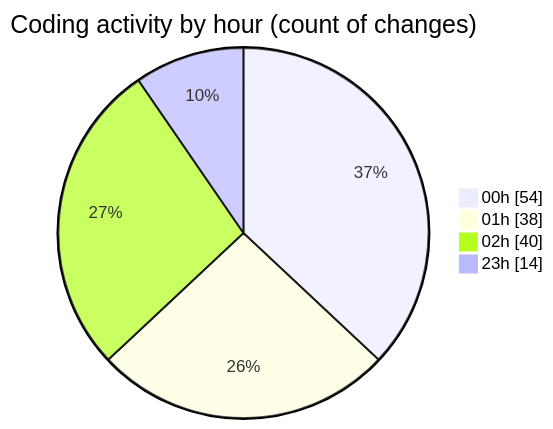
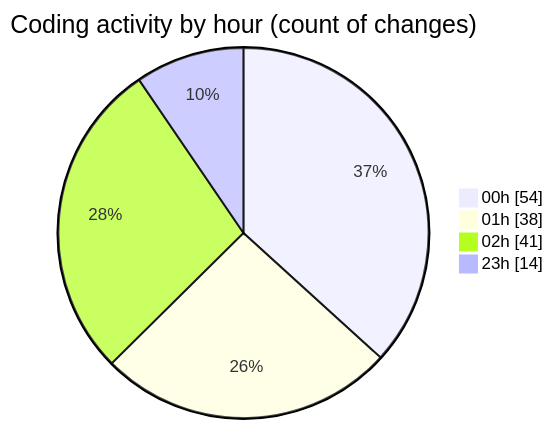
Before and after one commit to lephambinh05/code-tracking: the second of 2 diagrams in 2025-08-20/quytuthien_vn/README.md, drawn with Mermaid. The commit also changed other lines of this file and 1 other file, not shown here.

````diff
--- a/2025-08-20/quytuthien_vn/README.md
+++ b/2025-08-20/quytuthien_vn/README.md
@@ -99,8 +99,8 @@
 ```mermaid
 pie showData
 title Coding activity by hour (count of changes)
 "00h" : 54
 "01h" : 38
-"02h" : 40
+"02h" : 41
 "23h" : 14
 ```
````
